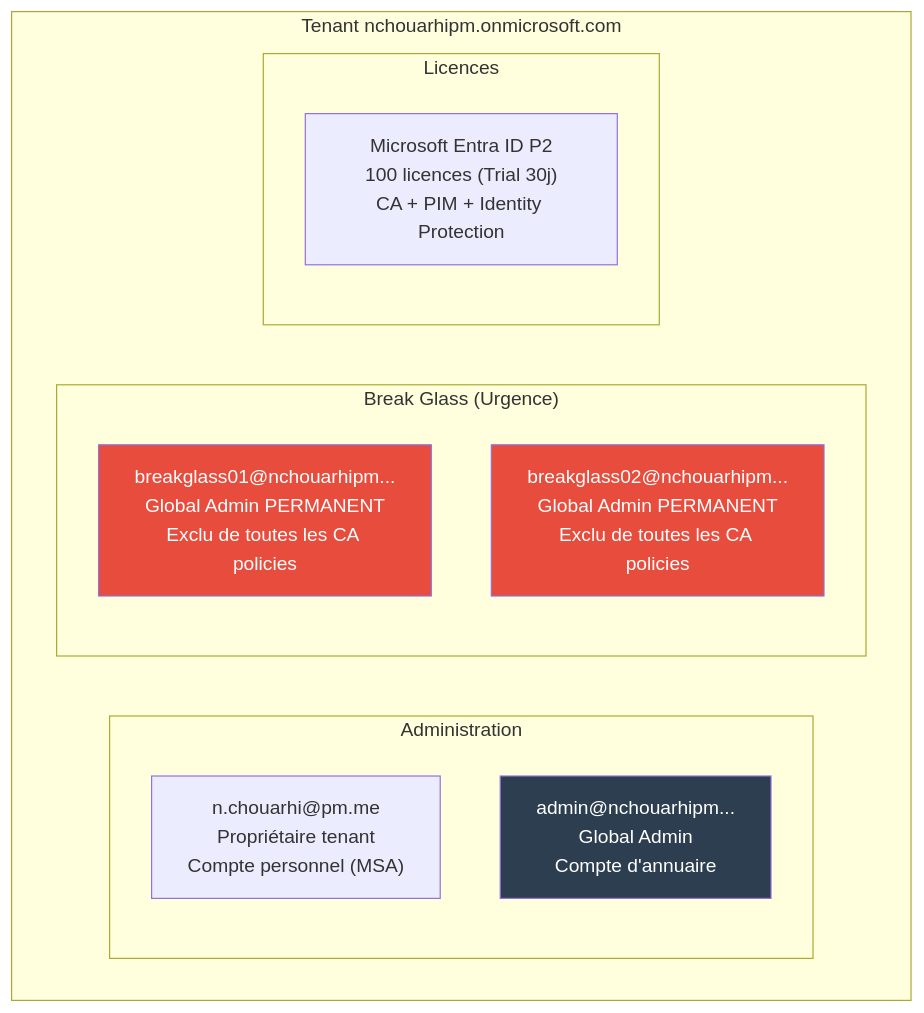
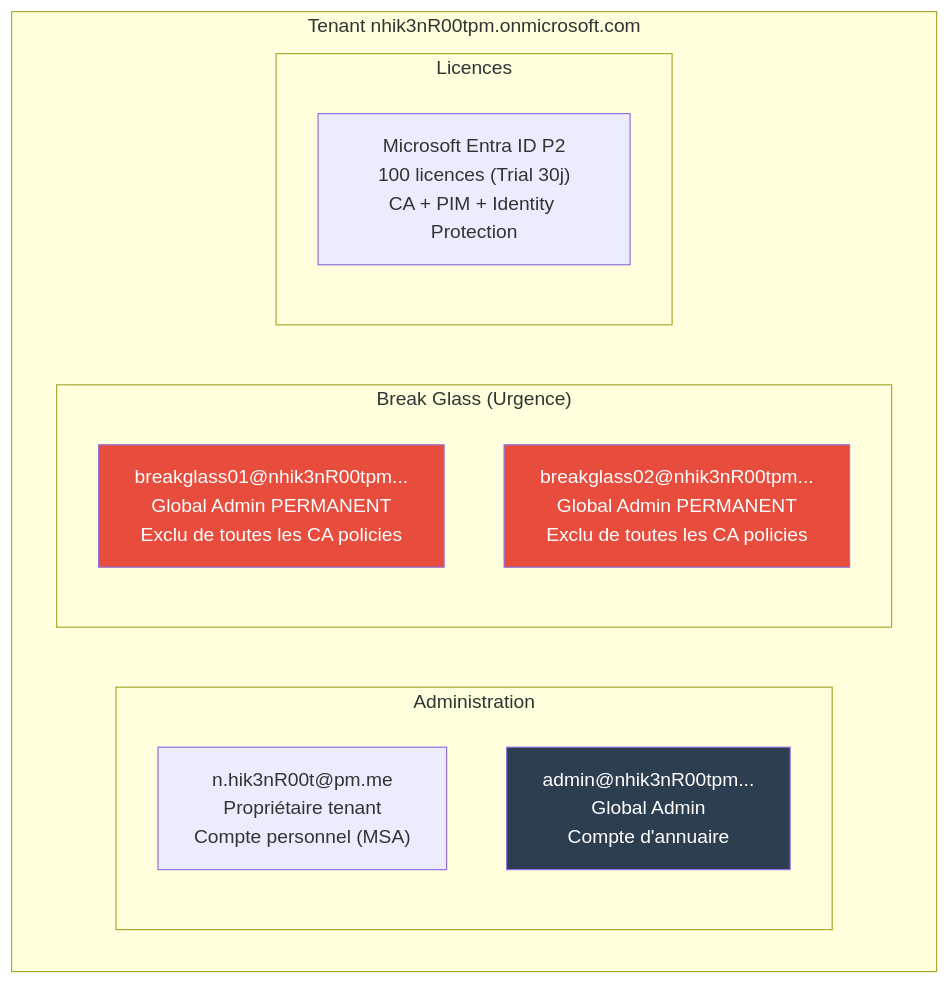
The diagram in docs/labs/identity-lab/bloc2-entra-hybrid/SC-ID-010-tenant-breakglass.md (hikenroot/hikenroot-forge), drawn with Mermaid before and after one commit. The commit also changed other lines of this file and 42 other files, not shown here.

````diff
--- a/docs/labs/identity-lab/bloc2-entra-hybrid/SC-ID-010-tenant-breakglass.md
+++ b/docs/labs/identity-lab/bloc2-entra-hybrid/SC-ID-010-tenant-breakglass.md
@@ -31,22 +31,22 @@
 ```mermaid
 graph TB
-    subgraph TENANT["Tenant nchouarhipm.onmicrosoft.com"]
+    subgraph TENANT["Tenant nhik3nR00tpm.onmicrosoft.com"]
         subgraph ADMIN["Administration"]
-            OWNER["n.chouarhi@pm.me<br/>Propriétaire tenant<br/>Compte personnel (MSA)"]
-            ADMIN_ID["admin@nchouarhipm...<br/>Global Admin<br/>Compte d'annuaire"]
+            OWNER["n.hik3nR00t@pm.me<br/>Propriétaire tenant<br/>Compte personnel (MSA)"]
+            ADMIN_ID["admin@nhik3nR00tpm...<br/>Global Admin<br/>Compte d'annuaire"]
         end
         
         subgraph BG["Break Glass (Urgence)"]
-            BG01["breakglass01@nchouarhipm...<br/>Global Admin PERMANENT<br/>Exclu de toutes les CA policies"]
-            BG02["breakglass02@nchouarhipm...<br/>Global Admin PERMANENT<br/>Exclu de toutes les CA policies"]
+            BG01["breakglass01@nhik3nR00tpm...<br/>Global Admin PERMANENT<br/>Exclu de toutes les CA policies"]
+            BG02["breakglass02@nhik3nR00tpm...<br/>Global Admin PERMANENT<br/>Exclu de toutes les CA policies"]
         end
 
         subgraph LICENCE["Licences"]
             P2["Microsoft Entra ID P2<br/>100 licences (Trial 30j)<br/>CA + PIM + Identity Protection"]
         end
     end
 
     style BG01 fill:#e74c3c,color:#fff
     style BG02 fill:#e74c3c,color:#fff
     style ADMIN_ID fill:#2c3e50,color:#fff
 ```
````
